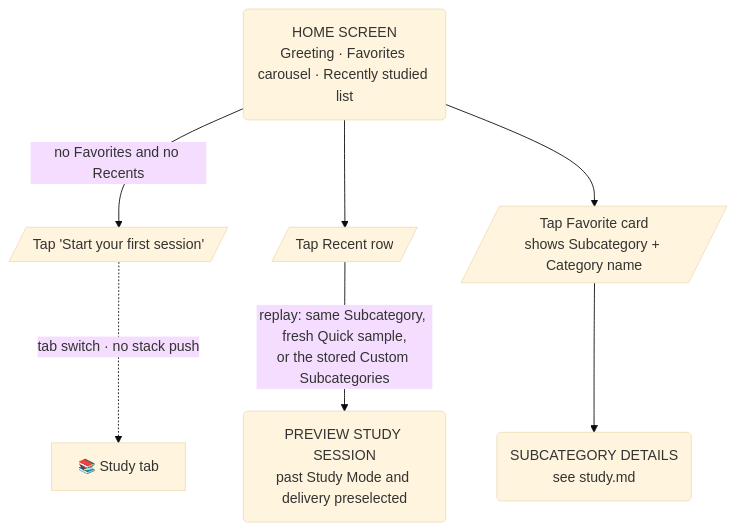
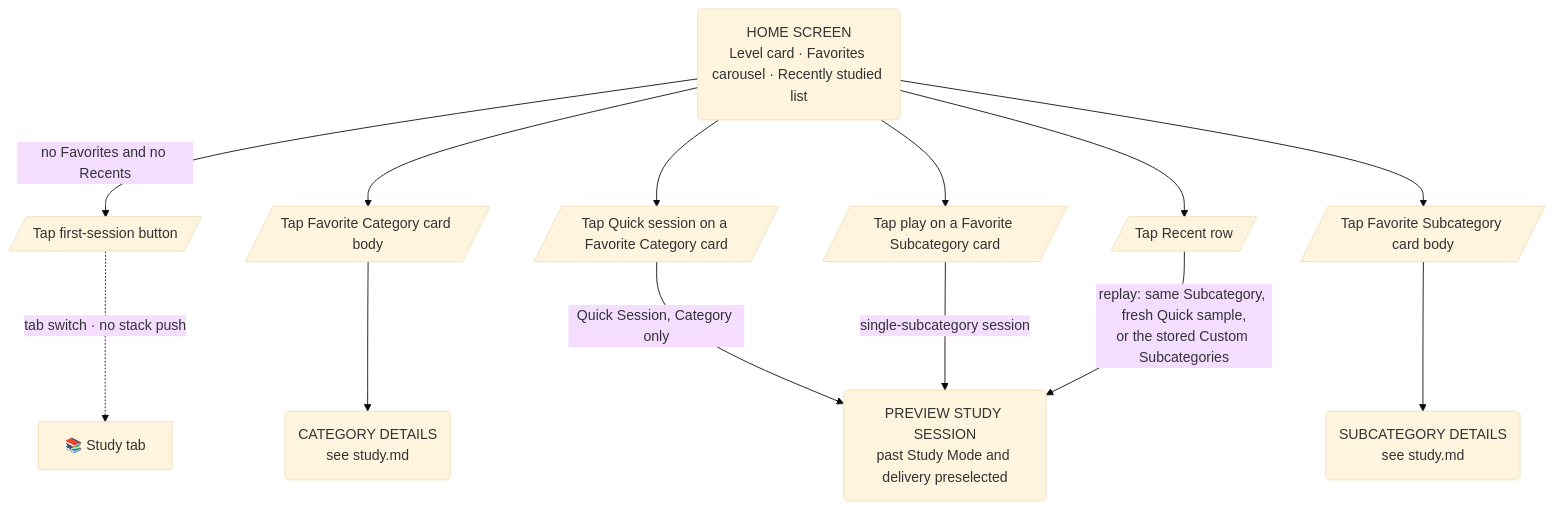
The diagram in docs/user-flow/home.md (rmakowiecki/Flashcards), drawn with Mermaid (base theme) before and after one commit. The commit also changed other lines of this file and 4 other files, not shown here.

Commit message:
docs(user-flow): align flows with design docs

````diff
--- a/docs/user-flow/home.md
+++ b/docs/user-flow/home.md
@@ -7,19 +7,25 @@
 ```mermaid
 flowchart TD
 
     %% Legend: (Screen)  [/Action/]  {Decision}  ([Entry/Exit])
 
-    Home(HOME SCREEN\nGreeting · Favorites carousel · Recently studied list)
+    Home(HOME SCREEN\nLevel card · Favorites carousel · Recently studied list)
 
     %% ── Empty state ───────────────────────────────────────────────
-    Home -->|no Favorites and no Recents| EmptyCTA[/Tap 'Start your first session'/]
+    Home -->|no Favorites and no Recents| EmptyCTA[/Tap first-session button/]
     EmptyCTA -.->|tab switch · no stack push| StudyTab[📚 Study tab]
+
+    %% ── Favorites ─────────────────────────────────────────────────
+    Home --> TapCategoryCard[/Tap Favorite Category card body/]
+    TapCategoryCard --> CatDetails(CATEGORY DETAILS\nsee study.md)
+    Home --> TapQuick[/Tap Quick session on a Favorite Category card/]
+    TapQuick -->|Quick Session, Category only| Preview
+    Home --> TapSubcategoryCard[/Tap Favorite Subcategory card body/]
+    TapSubcategoryCard --> SubcatDetails(SUBCATEGORY DETAILS\nsee study.md)
+    Home --> TapPlay[/Tap play on a Favorite Subcategory card/]
+    TapPlay -->|single-subcategory session| Preview
 
     %% ── Recents ───────────────────────────────────────────────────
     Home --> TapRecent[/Tap Recent row/]
     TapRecent -->|replay: same Subcategory, fresh Quick sample,\nor the stored Custom Subcategories| Preview(PREVIEW STUDY SESSION\npast Study Mode and delivery preselected)
-
-    %% ── Favorites ─────────────────────────────────────────────────
-    Home --> TapFavorite[/Tap Favorite card\nshows Subcategory + Category name/]
-    TapFavorite --> SubcatDetails(SUBCATEGORY DETAILS\nsee study.md)
 ```
````
